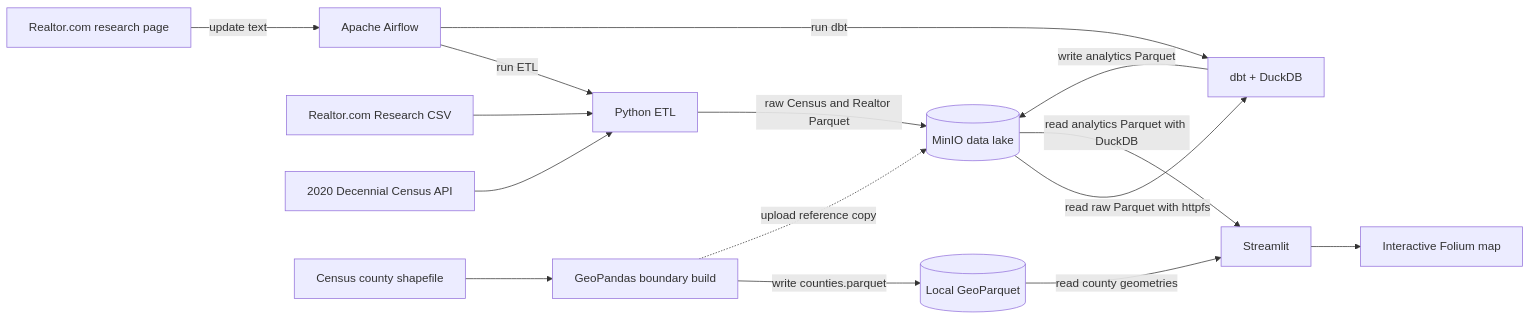
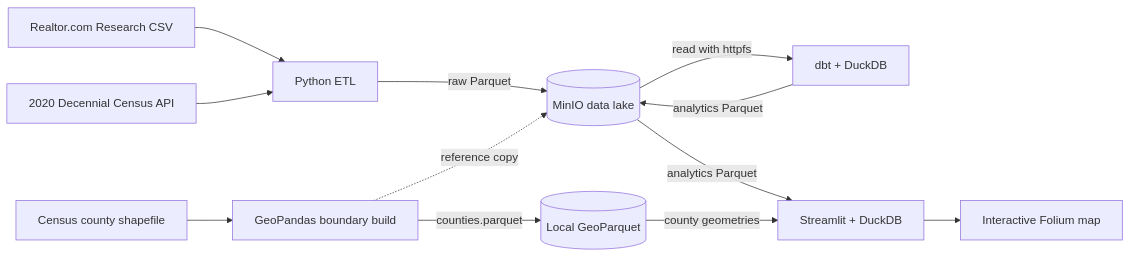
Before and after one commit to miguelrondon92/Real-Estate-By-Census: the second of 2 diagrams in README.md, drawn with Mermaid. The commit also changed other lines of this file, not shown here.

Commit message:
adding to readme

````diff
--- a/README.md
+++ b/README.md
@@ -14,19 +30,16 @@
 ```mermaid
 flowchart LR
-    A[Realtor.com research page] -->|update text| D[Apache Airflow]
-    B[Realtor.com Research CSV] --> E[Python ETL]
-    C[2020 Decennial Census API] --> E
-    D -->|run ETL| E
-    E -->|raw Census and Realtor Parquet| F[(MinIO data lake)]
-    D -->|run dbt| H[dbt + DuckDB]
-    F -->|read raw Parquet with httpfs| H
-    H -->|write analytics Parquet| F
+    A[Realtor.com Research CSV] --> E[Python ETL]
+    B[2020 Decennial Census API] --> E
+    E -->|raw Parquet| F[(MinIO data lake)]
+    F -->|read with httpfs| H[dbt + DuckDB]
+    H -->|analytics Parquet| F
 
     K[Census county shapefile] --> L[GeoPandas boundary build]
-    L -->|write counties.parquet| G[(Local GeoParquet)]
-    L -.->|upload reference copy| F
+    L -->|counties.parquet| G[(Local GeoParquet)]
+    L -.->|reference copy| F
 
-    F -->|read analytics Parquet with DuckDB| I[Streamlit]
-    G -->|read county geometries| I
+    F -->|analytics Parquet| I[Streamlit + DuckDB]
+    G -->|county geometries| I
     I --> J[Interactive Folium map]
 ```
````
